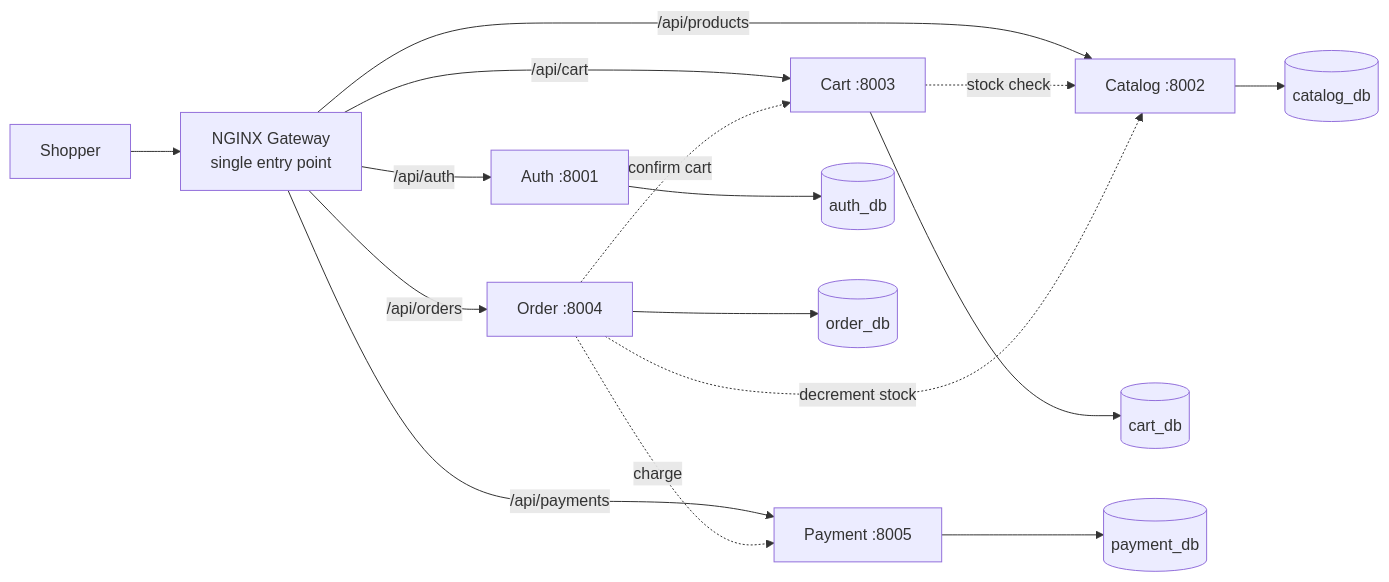
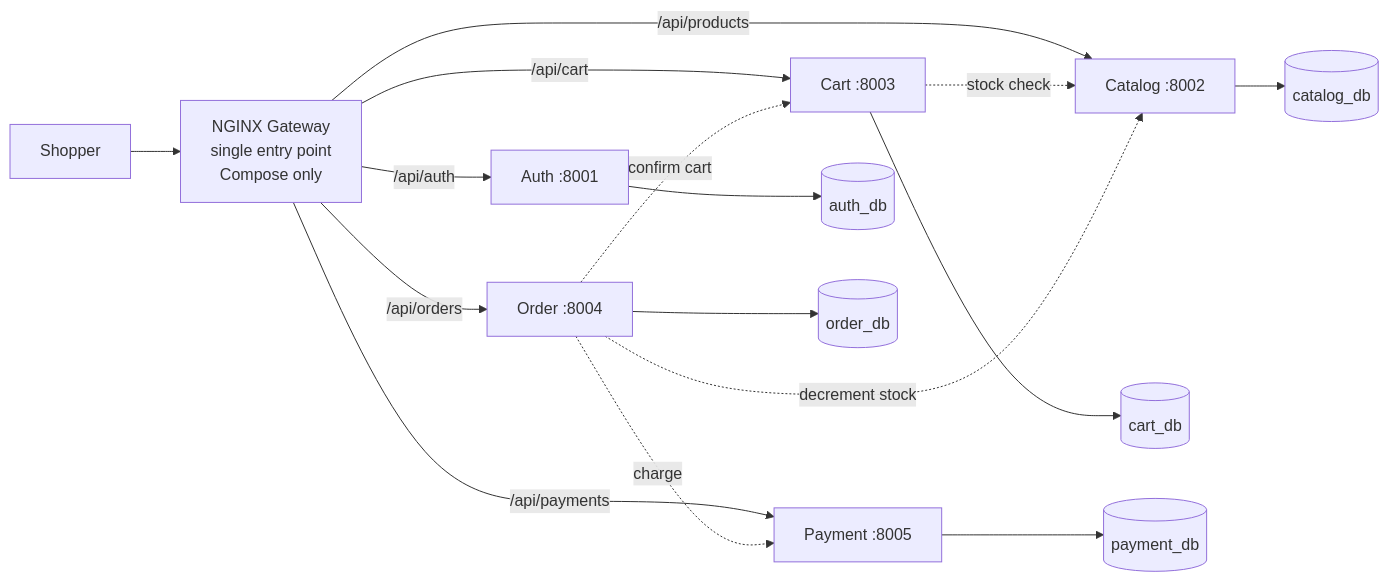
The first of 2 diagrams in docs/ARCHITECTURE.md (Deploy-On-Friday2-0/sports-store-deployments), drawn with Mermaid before and after one commit. The commit also changed other lines of this file, not shown here.

First line of the commit message:
docs: correct canary analysis, timings, and EKS gateway topology

````diff
--- a/docs/ARCHITECTURE.md
+++ b/docs/ARCHITECTURE.md
@@ -115,18 +125,18 @@
 ```mermaid
 flowchart LR
-  U[Shopper] --> GW[NGINX Gateway<br/>single entry point]
+  U[Shopper] --> GW[NGINX Gateway<br/>single entry point<br/>Compose only]
   GW -->|/api/auth| A[Auth :8001]
   GW -->|/api/products| C[Catalog :8002]
   GW -->|/api/cart| K[Cart :8003]
   GW -->|/api/orders| O[Order :8004]
   GW -->|/api/payments| P[Payment :8005]
   K -.stock check.-> C
   O -.confirm cart.-> K
   O -.charge.-> P
   O -.decrement stock.-> C
   A --> ADB[(auth_db)]
   C --> CDB[(catalog_db)]
   K --> KDB[(cart_db)]
   O --> ODB[(order_db)]
   P --> PDB[(payment_db)]
 ```
````
